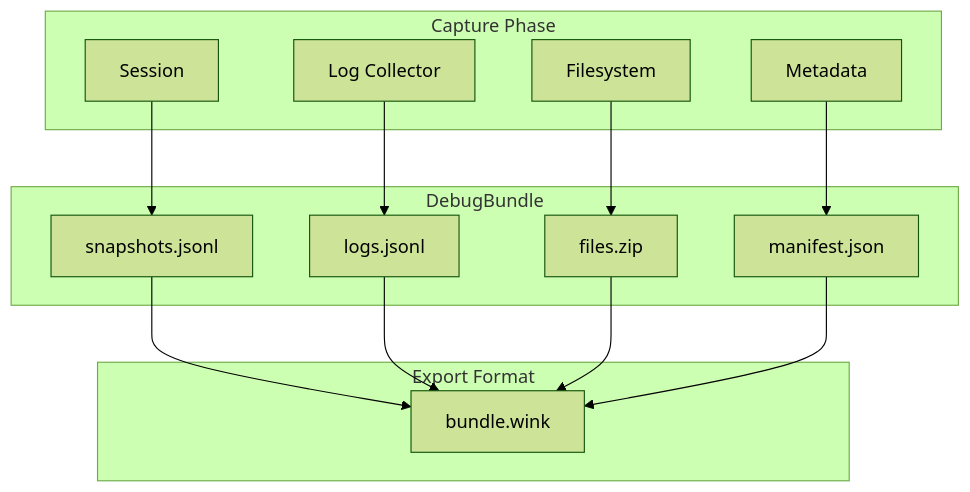
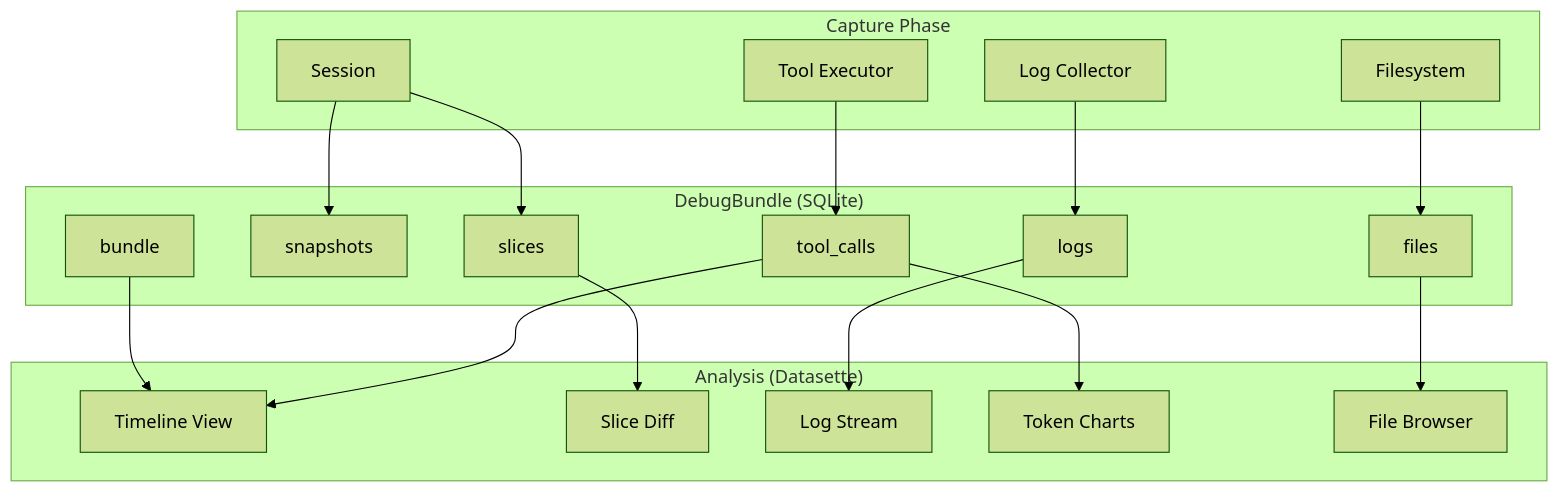
Before and after one commit to weakincentives/weakincentives: the diagram in specs/DEBUG_BUNDLE.md, drawn with Mermaid (forest theme). The commit also changed other lines of this file, not shown here.

First line of the commit message:
Rewrite DEBUG_BUNDLE.md with SQLite/Datasette foundation

````diff
--- a/specs/DEBUG_BUNDLE.md
+++ b/specs/DEBUG_BUNDLE.md
@@ -19,30 +22,39 @@
 ```mermaid
 flowchart TB
     subgraph Capture["Capture Phase"]
         Session["Session"]
         Logs["Log Collector"]
+        Tools["Tool Executor"]
         FS["Filesystem"]
-        Meta["Metadata"]
     end
 
-    subgraph Bundle["DebugBundle"]
-        Snapshots["snapshots.jsonl"]
-        LogFile["logs.jsonl"]
-        Archive["files.zip"]
-        Manifest["manifest.json"]
+    subgraph Bundle["DebugBundle (SQLite)"]
+        BundleTable["bundle"]
+        SnapshotsTable["snapshots"]
+        SlicesTable["slices"]
+        LogsTable["logs"]
+        ToolsTable["tool_calls"]
+        FilesTable["files"]
     end
 
-    subgraph Export["Export Format"]
-        ZipBundle["bundle.wink"]
+    subgraph Analysis["Analysis (Datasette)"]
+        Timeline["Timeline View"]
+        SliceDiff["Slice Diff"]
+        LogStream["Log Stream"]
+        TokenChart["Token Charts"]
+        FileBrowser["File Browser"]
     end
 
-    Session --> Snapshots
-    Logs --> LogFile
-    FS --> Archive
-    Meta --> Manifest
+    Session --> SnapshotsTable
+    Session --> SlicesTable
+    Logs --> LogsTable
+    Tools --> ToolsTable
+    FS --> FilesTable
 
-    Snapshots --> ZipBundle
-    LogFile --> ZipBundle
-    Archive --> ZipBundle
-    Manifest --> ZipBundle
+    BundleTable --> Timeline
+    ToolsTable --> Timeline
+    SlicesTable --> SliceDiff
+    LogsTable --> LogStream
+    ToolsTable --> TokenChart
+    FilesTable --> FileBrowser
 ```
````
